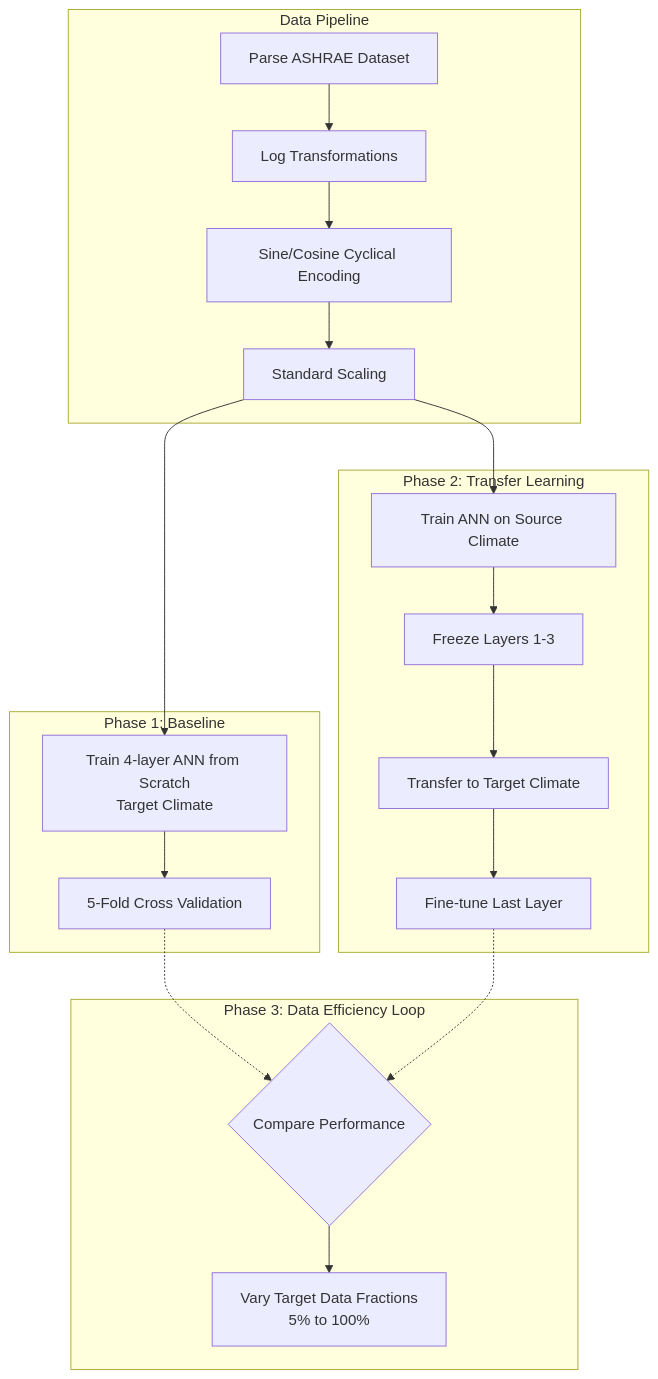
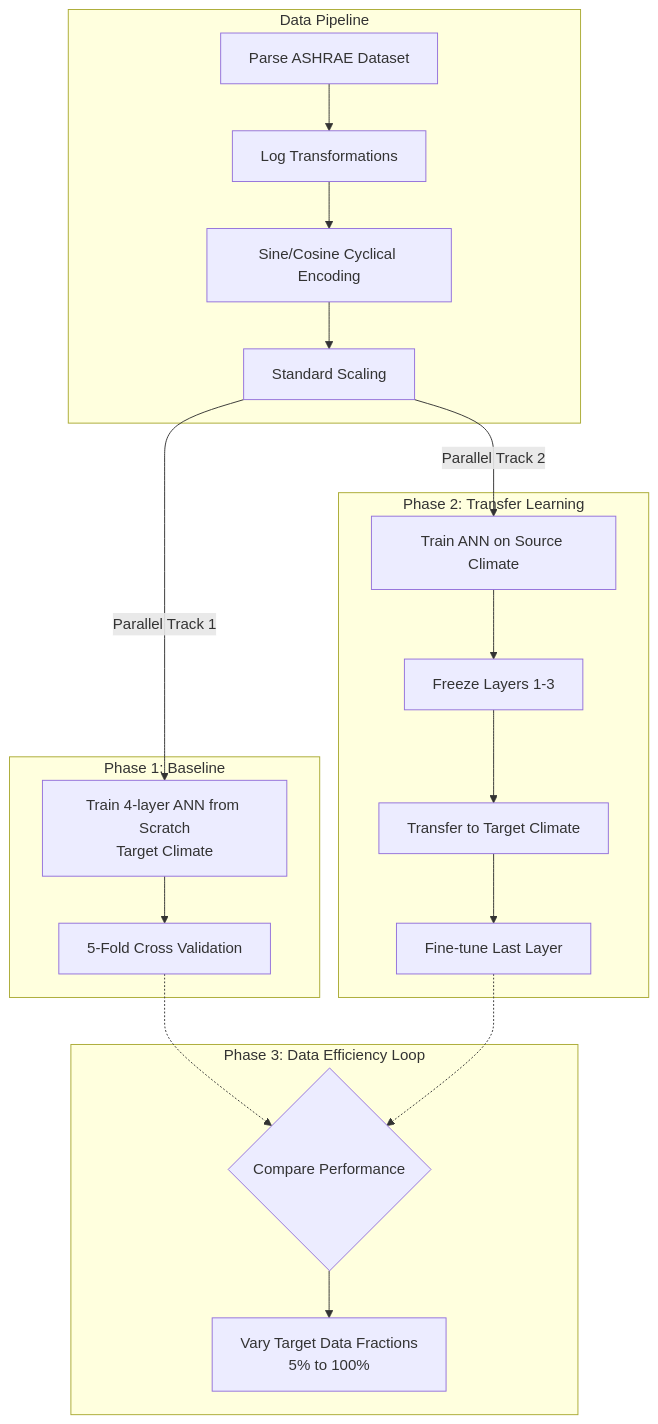
The diagram in PPT_CONTENT.md (shreeyadav06/NZEB-ANN), drawn with Mermaid before and after one commit.

Commit message:
Update mermaid block diagram to show parallel execution

````diff
--- a/PPT_CONTENT.md
+++ b/PPT_CONTENT.md
@@ -39,26 +39,28 @@
 ```mermaid
 graph TD
-    subgraph Data Pipeline
+    subgraph Pipeline [Data Pipeline]
         A[Parse ASHRAE Dataset] --> B[Log Transformations]
         B --> C[Sine/Cosine Cyclical Encoding]
         C --> D[Standard Scaling]
     end
     
-    subgraph Phase 1: Baseline
-        D --> E[Train 4-layer ANN from Scratch<br/>Target Climate]
-        E --> F[5-Fold Cross Validation]
+    D -->|Parallel Track 1| E
+    D -->|Parallel Track 2| G
+
+    subgraph Phase1 [Phase 1: Baseline]
+        E[Train 4-layer ANN from Scratch<br/>Target Climate] --> F[5-Fold Cross Validation]
     end
     
-    subgraph Phase 2: Transfer Learning
-        D --> G[Train ANN on Source Climate]
-        G --> H[Freeze Layers 1-3]
+    subgraph Phase2 [Phase 2: Transfer Learning]
+        G[Train ANN on Source Climate] --> H[Freeze Layers 1-3]
         H --> I[Transfer to Target Climate]
         I --> J[Fine-tune Last Layer]
     end
     
-    subgraph Phase 3: Data Efficiency Loop
-        F -.-> K{Compare Performance}
-        J -.-> K
-        K --> L[Vary Target Data Fractions<br/>5% to 100%]
+    F -.-> K
+    J -.-> K
+    
+    subgraph Phase3 [Phase 3: Data Efficiency Loop]
+        K{Compare Performance} --> L[Vary Target Data Fractions<br/>5% to 100%]
     end
 ```
````
